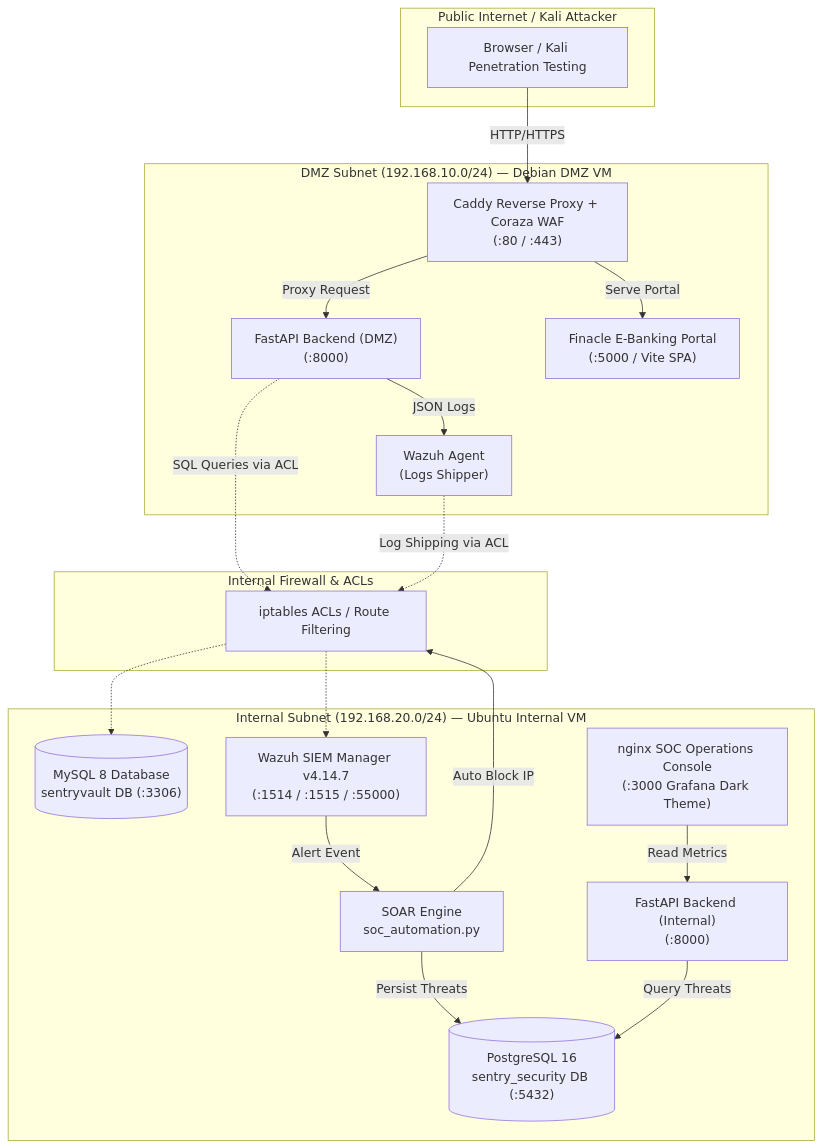
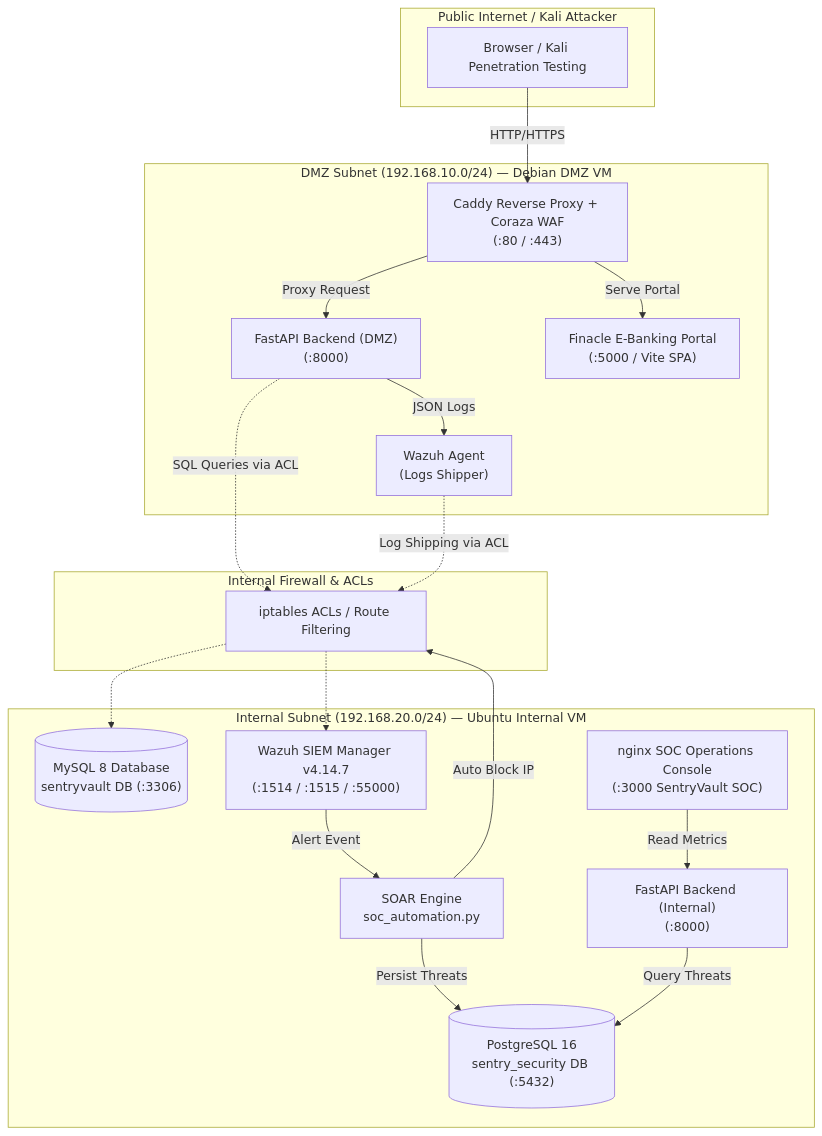
Before and after one commit to abhienix/SentryVault: the diagram in README.md, drawn with Mermaid. The commit also changed other lines of this file, not shown here.

Commit message:
docs: rename dashboard to SentryVault SOC Command Center, remove raw DB clutter, and add section detailing why it was built over default Wazuh Manager UI

````diff
--- a/README.md
+++ b/README.md
@@ -49,40 +49,40 @@
 ```mermaid
 flowchart TD
     subgraph Internet["Public Internet / Kali Attacker"]
         Client["Browser / Kali Penetration Testing"]
     end
 
     subgraph DMZ["DMZ Subnet (192.168.10.0/24) — Debian DMZ VM"]
         Caddy["Caddy Reverse Proxy + Coraza WAF\n(:80 / :443)"]
         FastAPI_DMZ["FastAPI Backend (DMZ)\n(:8000)"]
         React_Bank["Finacle E-Banking Portal\n(:5000 / Vite SPA)"]
         Wazuh_Agent["Wazuh Agent\n(Logs Shipper)"]
     end
 
     subgraph Firewall["Internal Firewall & ACLs"]
         ACL["iptables ACLs / Route Filtering"]
     end
 
     subgraph Internal["Internal Subnet (192.168.20.0/24) — Ubuntu Internal VM"]
         MySQL[("MySQL 8 Database\nsentryvault DB (:3306)")]
         Wazuh_Mgr["Wazuh SIEM Manager v4.14.7\n(:1514 / :1515 / :55000)"]
         Postgres[("PostgreSQL 16\nsentry_security DB (:5432)")]
         SOAR["SOAR Engine\nsoc_automation.py"]
-        SOC_Console["nginx SOC Operations Console\n(:3000 Grafana Dark Theme)"]
+        SOC_Console["nginx SOC Operations Console\n(:3000 SentryVault SOC)"]
         FastAPI_Int["FastAPI Backend (Internal)\n(:8000)"]
     end
 
     Client -->|HTTP/HTTPS| Caddy
     Caddy -->|Proxy Request| FastAPI_DMZ
     Caddy -->|Serve Portal| React_Bank
     FastAPI_DMZ -->|JSON Logs| Wazuh_Agent
 
     FastAPI_DMZ -.->|SQL Queries via ACL| ACL -.-> MySQL
     Wazuh_Agent -.->|Log Shipping via ACL| ACL -.-> Wazuh_Mgr
 
     Wazuh_Mgr -->|Alert Event| SOAR
     SOAR -->|Persist Threats| Postgres
     SOAR -->|Auto Block IP| ACL
     SOC_Console -->|Read Metrics| FastAPI_Int
     FastAPI_Int -->|Query Threats| Postgres
 ```
````
